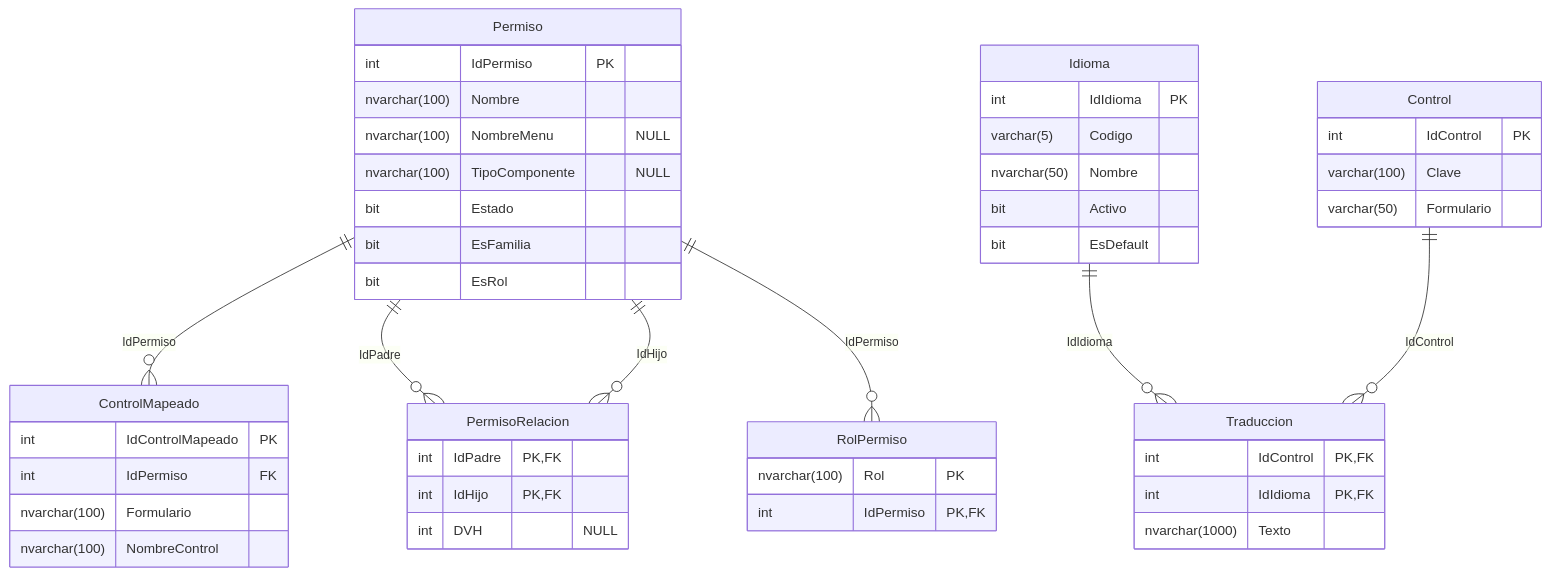
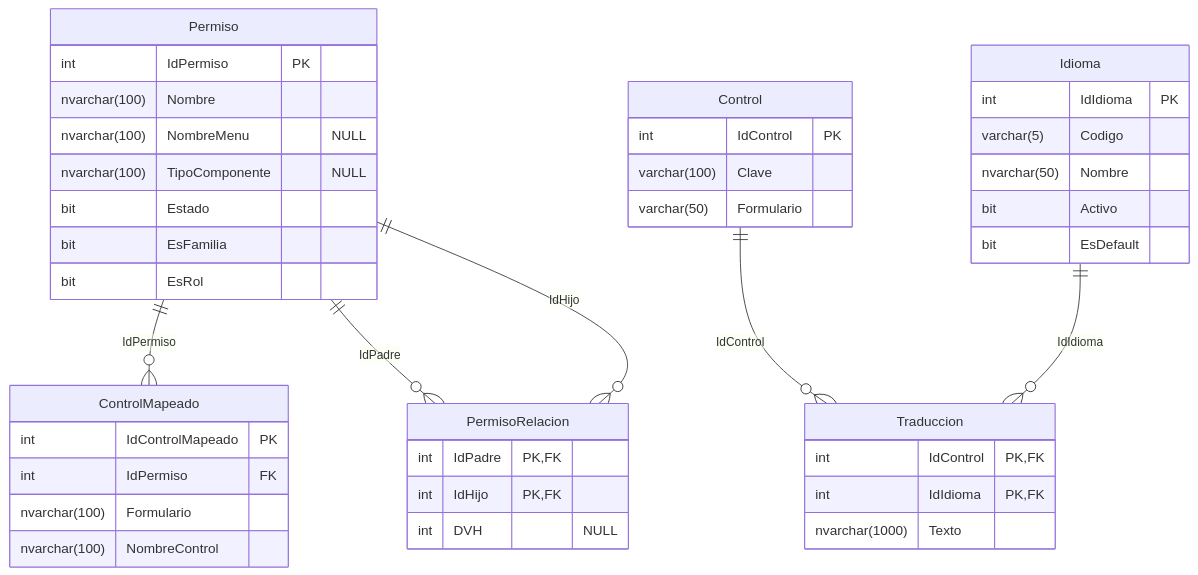
One commit to valentinamorana/Trabajo-de-Diploma changed the diagram in docs/diagramas/mermaid/DER_seg_permisos_idiomas.mmd. Above: the diagram before and after it, drawn with Mermaid. The commit also changed 85 other files, not shown here.

```diff
--- a/docs/diagramas/mermaid/DER_seg_permisos_idiomas.mmd
+++ b/docs/diagramas/mermaid/DER_seg_permisos_idiomas.mmd
@@ -1,48 +1,43 @@
 erDiagram
   Permiso ||--o{ ControlMapeado : "IdPermiso"
   Permiso ||--o{ PermisoRelacion : "IdPadre"
   Permiso ||--o{ PermisoRelacion : "IdHijo"
-  Permiso ||--o{ RolPermiso : "IdPermiso"
+  Control ||--o{ Traduccion : "IdControl"
   Idioma ||--o{ Traduccion : "IdIdioma"
-  Control ||--o{ Traduccion : "IdControl"
   Permiso {
     int IdPermiso PK
     nvarchar(100) Nombre
     nvarchar(100) NombreMenu "NULL"
     nvarchar(100) TipoComponente "NULL"
     bit Estado
     bit EsFamilia
     bit EsRol
   }
   PermisoRelacion {
     int IdPadre PK,FK
     int IdHijo PK,FK
     int DVH "NULL"
-  }
-  RolPermiso {
-    nvarchar(100) Rol PK
-    int IdPermiso PK,FK
   }
   Control {
     int IdControl PK
     varchar(100) Clave
     varchar(50) Formulario
   }
   ControlMapeado {
     int IdControlMapeado PK
     int IdPermiso FK
     nvarchar(100) Formulario
     nvarchar(100) NombreControl
   }
   Idioma {
     int IdIdioma PK
     varchar(5) Codigo
     nvarchar(50) Nombre
     bit Activo
     bit EsDefault
   }
   Traduccion {
     int IdControl PK,FK
     int IdIdioma PK,FK
     nvarchar(1000) Texto
   }
```
